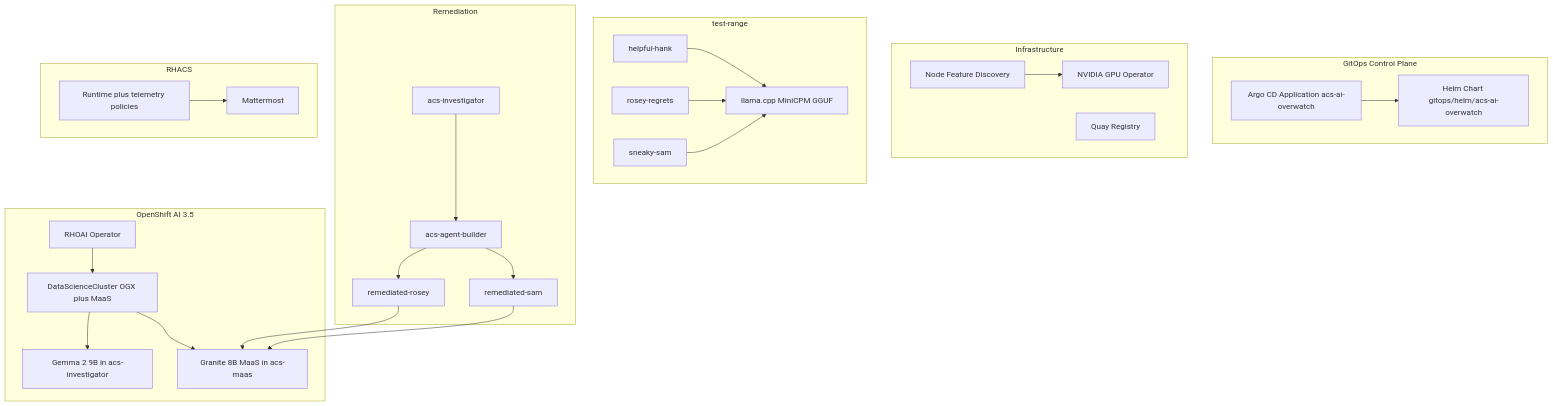
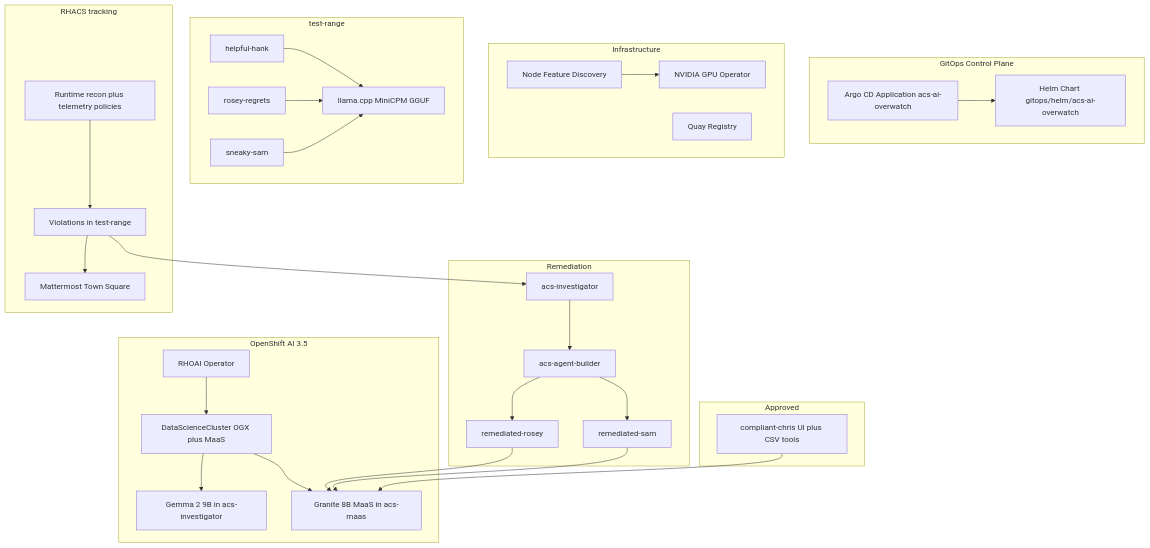
One commit to RedCupofJoe/acs-ai-overwatch changed the diagram in README.md. Above: the diagram before and after it, drawn with Mermaid. The commit also changed other lines of this file and 15 other files, not shown here.

First line of the commit message:
Add Compliant Chris as the approved MaaS agent and center the README on RHACS tracking shadow AI.

````diff
--- a/README.md
+++ b/README.md
@@ -170,52 +195,61 @@
 ```mermaid
 flowchart TB
   subgraph GitOps["GitOps Control Plane"]
     ArgoCD["Argo CD Application acs-ai-overwatch"]
     Helm["Helm Chart gitops/helm/acs-ai-overwatch"]
     ArgoCD --> Helm
   end
 
   subgraph Infra["Infrastructure"]
     NFD["Node Feature Discovery"]
     GPUOp["NVIDIA GPU Operator"]
     Quay["Quay Registry"]
     NFD --> GPUOp
   end
 
   subgraph AI["OpenShift AI 3.5"]
     RHOAI["RHOAI Operator"]
     DSC["DataScienceCluster OGX plus MaaS"]
     Gemma["Gemma 2 9B in acs-investigator"]
     Granite["Granite 8B MaaS in acs-maas"]
     RHOAI --> DSC
     DSC --> Gemma
     DSC --> Granite
   end
 
   subgraph Rogue["test-range"]
     Hank["helpful-hank"]
     Rosey["rosey-regrets"]
     Sam["sneaky-sam"]
     MiniCPM["llama.cpp MiniCPM GGUF"]
     Hank --> MiniCPM
     Rosey --> MiniCPM
     Sam --> MiniCPM
   end
 
   subgraph Fix["Remediation"]
     Inv["acs-investigator"]
     Bld["acs-agent-builder"]
     RRosey["remediated-rosey"]
     RSam["remediated-sam"]
     Inv --> Bld
     Bld --> RRosey
     Bld --> RSam
     RRosey --> Granite
     RSam --> Granite
   end
 
-  subgraph Security["RHACS"]
-    Policy["Runtime plus telemetry policies"]
-    Policy --> Mattermost
+  subgraph Approved["Approved"]
+    Chris["compliant-chris UI plus CSV tools"]
+    Chris --> Granite
+  end
+
+  subgraph Security["RHACS tracking"]
+    Policy["Runtime recon plus telemetry policies"]
+    Viol["Violations in test-range"]
+    MM["Mattermost Town Square"]
+    Policy --> Viol
+    Viol --> MM
+    Viol --> Inv
   end
 ```
````
